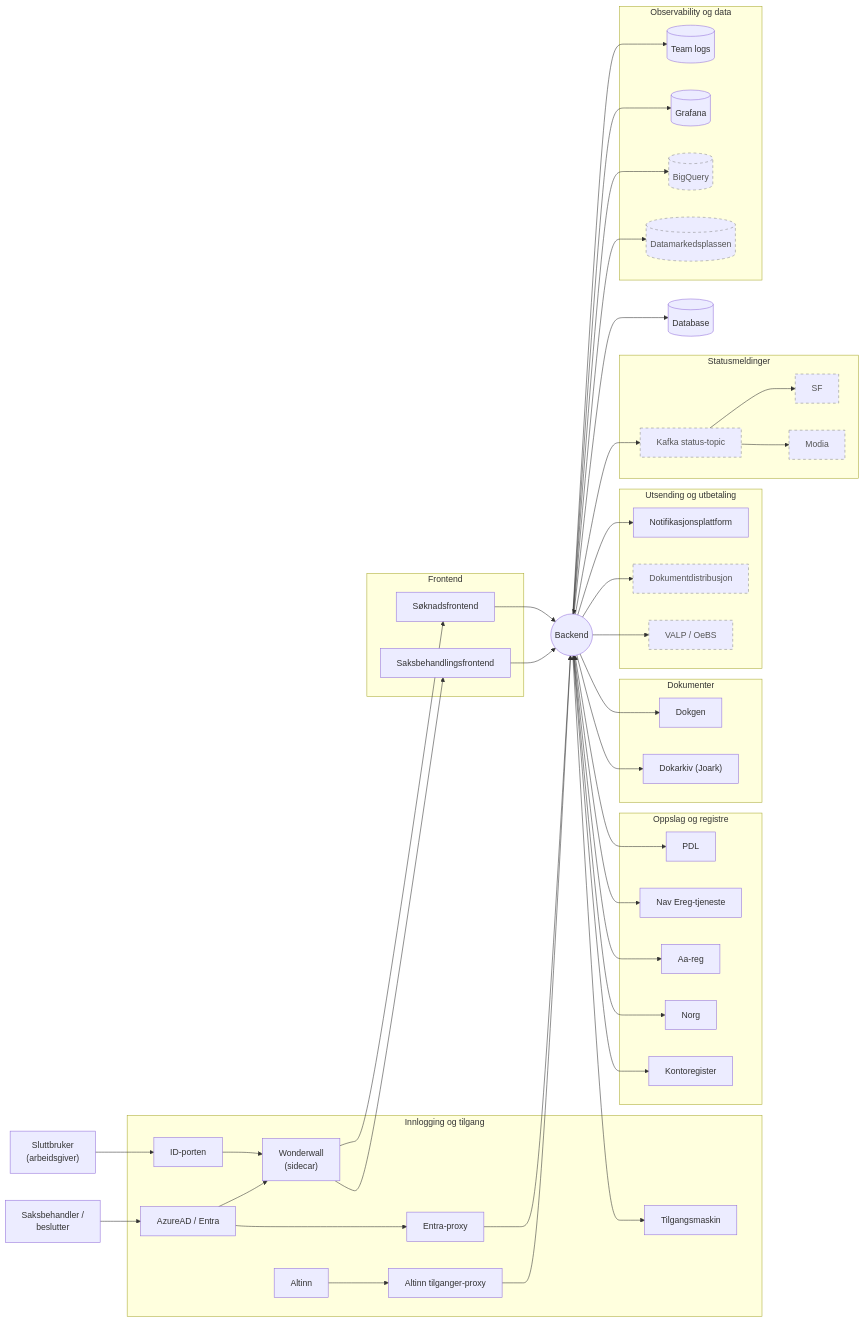
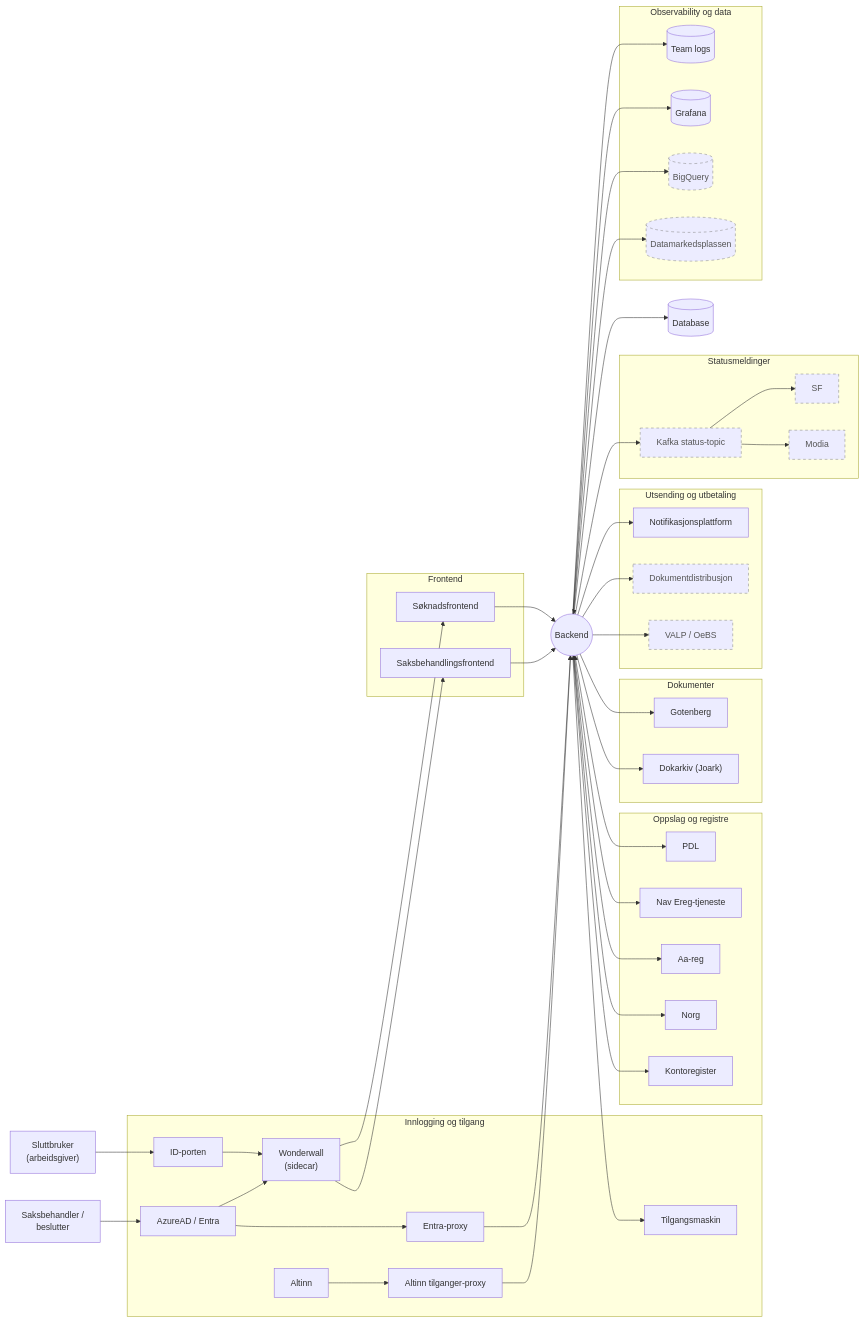
The second of 2 diagrams in README.md (navikt/ekspertbistand), drawn with Mermaid before and after one commit. The commit also changed other lines of this file and 36 other files, not shown here.

```diff
--- a/README.md
+++ b/README.md
@@ -143,7 +143,7 @@
     end
 
     subgraph DOK["Dokumenter"]
-        DOKGEN["Dokgen"]
+        GOTENBERG["Gotenberg"]
         JOARK["Dokarkiv (Joark)"]
     end
 
@@ -186,7 +186,7 @@
     BE <--> AAREG
     BE <--> NORG
     BE <--> KONTO
-    BE --> DOKGEN
+    BE --> GOTENBERG
     BE --> JOARK
     BE --> NOTIF
     BE --> DDIST
```
